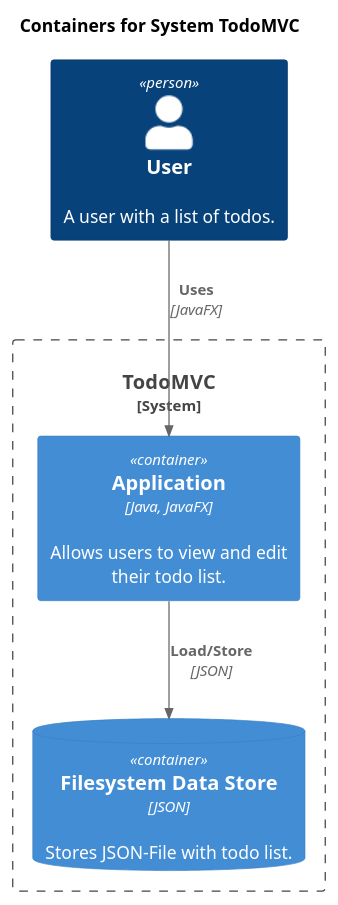
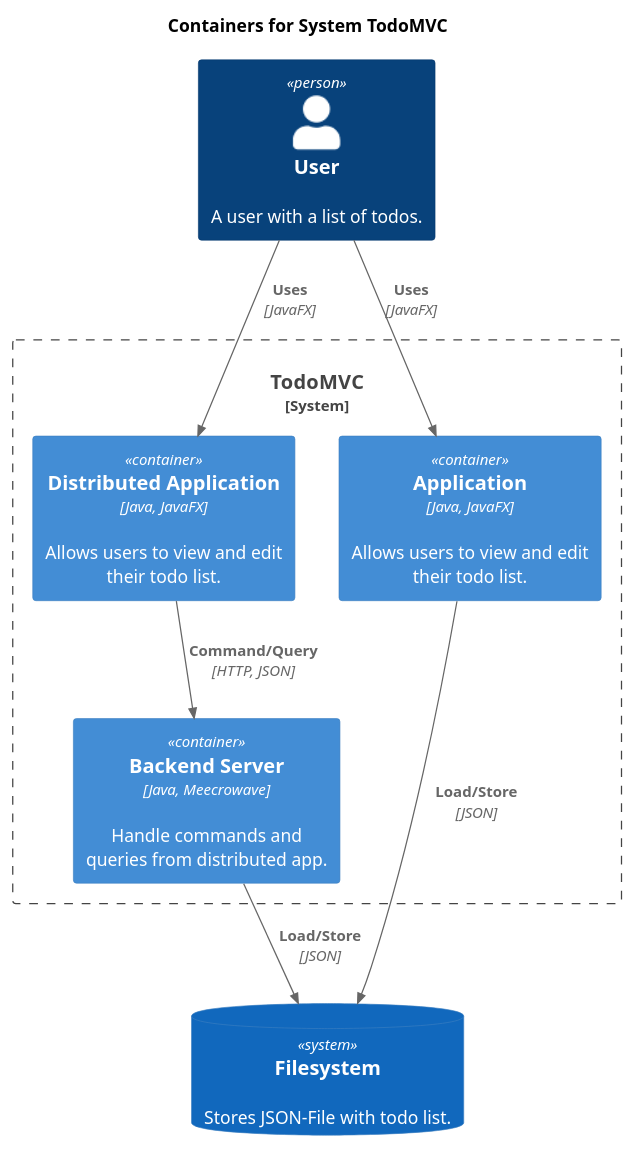
The diagram in doc/ContainerTodoMVCView.puml (falkoschumann/todomvc-java8), drawn with PlantUML before and after one commit. The commit also changed 4 other files, not shown here.

Commit message:
[Doc] Distributed App dokumentiert

```diff
--- a/doc/ContainerTodoMVCView.puml
+++ b/doc/ContainerTodoMVCView.puml
@@ -1,14 +1,21 @@
 @startuml
 !includeurl https://raw.githubusercontent.com/RicardoNiepel/C4-PlantUML/release/1-0/C4_Container.puml
 
 title Containers for System TodoMVC
 
 Person(user, "User", "A user with a list of todos.")
 System_Boundary(todomvc_system, "TodoMVC") {
   Container(todomvc_app, "Application", "Java, JavaFX", "Allows users to view and edit their todo list.")
-  ContainerDb(filesystem, "Filesystem Data Store", "JSON", "Stores JSON-File with todo list.")
+  Container(todomvc_distributed_app, "Distributed Application", "Java, JavaFX", "Allows users to view and edit their todo list.")
+  Container(todomvc_backend_server_app, "Backend Server", "Java, Meecrowave", "Handle commands and queries from distributed app.")
 }
+
+SystemDb(filesystem, "Filesystem", "Stores JSON-File with todo list.")
 
 Rel(user, todomvc_app, "Uses", "JavaFX")
 Rel(todomvc_app, filesystem, "Load/Store", "JSON")
+
+Rel(user, todomvc_distributed_app, "Uses", "JavaFX")
+Rel(todomvc_distributed_app, todomvc_backend_server_app, "Command/Query", "HTTP, JSON")
+Rel(todomvc_backend_server_app, filesystem, "Load/Store", "JSON")
 @enduml
```
